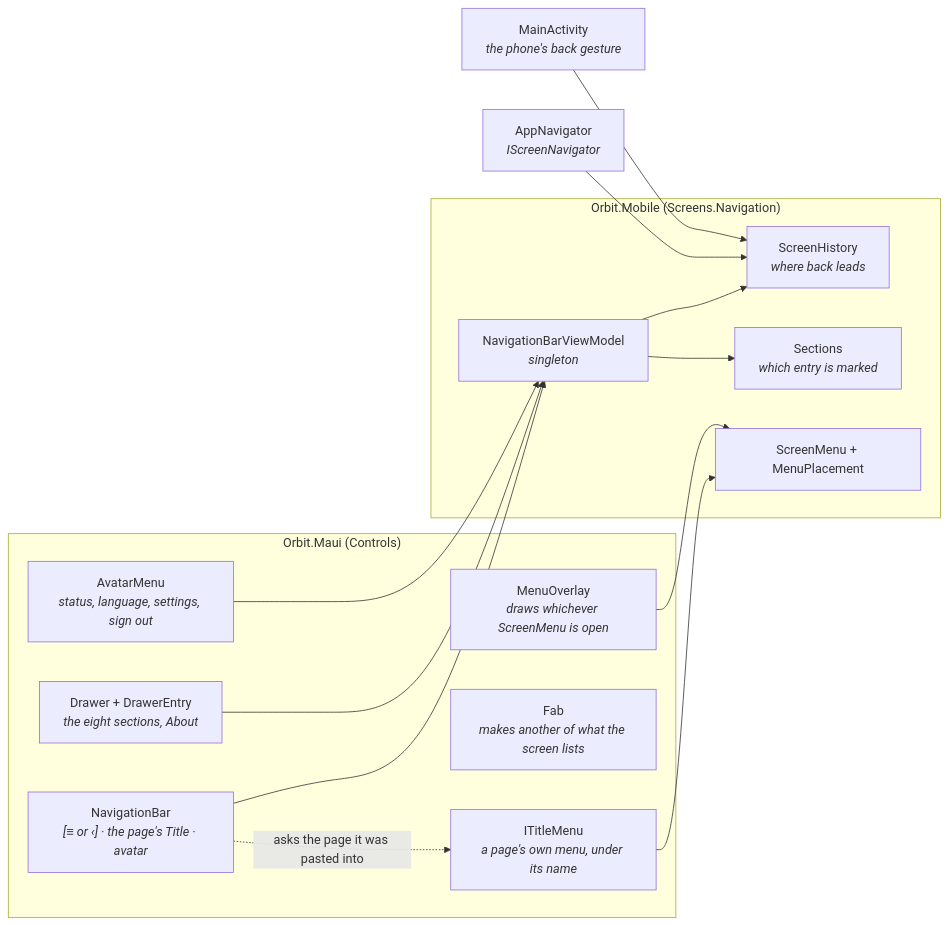
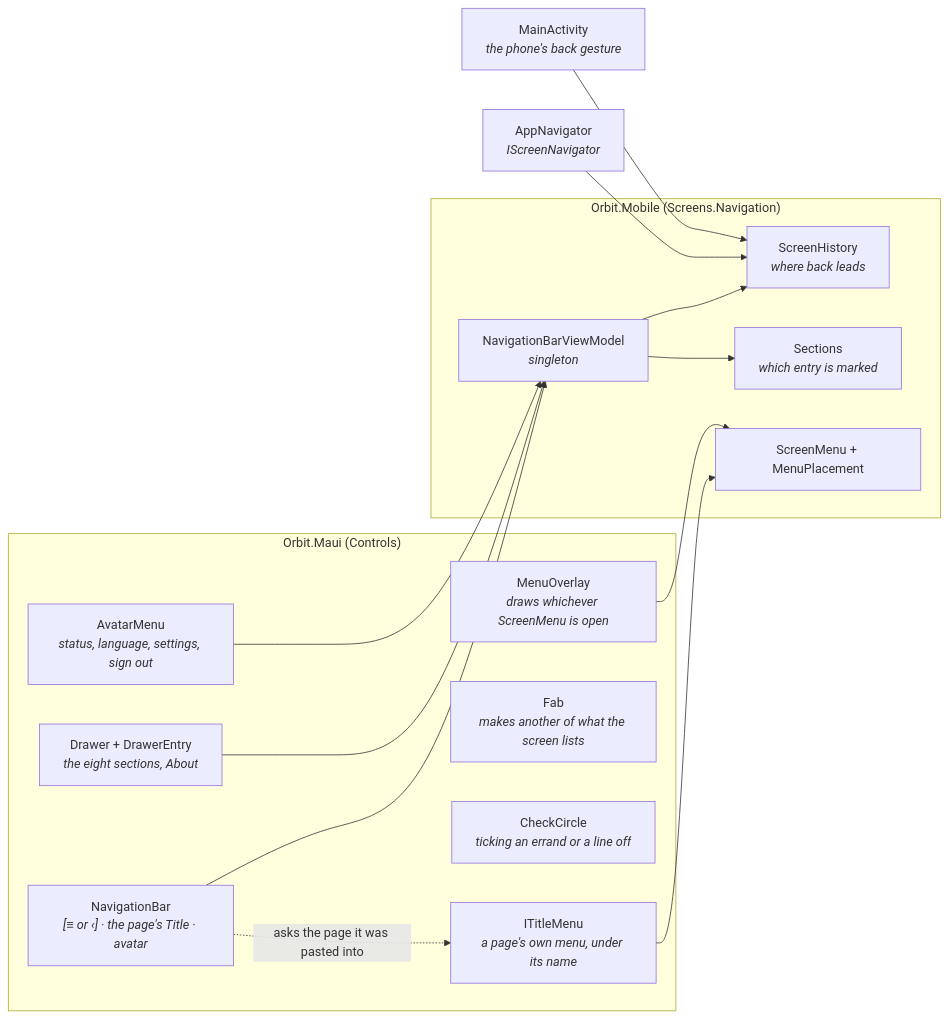
One commit to NorArax-NeflinOwl/orbit changed the second of 2 diagrams in info/uml/components.md. Above: the diagram before and after it, drawn with Mermaid. The commit also changed 2 other files, not shown here.

Commit message:
Record that the redesign now covers every screen the design drew
- `android-ui-parity.md` gains the three things the later passes
  changed - the bubble, the avatar, the tick - and the two MAUI traps
  that cost the most to find: a `Border` will not take a colour resource
  on its `Background` though it takes one on `Stroke`, and a value
  written in the markup is a local value that a dynamic resource can
  never beat.
- `future-plan.md`'s running order is struck off, and says plainly what
  is left: the five screens the prototype never drew - copies,
  diagnostics, update, the shared link and the place picker - which
  carry the new palette and type but have not been reconsidered.
- `components.md` gains CheckCircle. All 17 diagrams parse.

````diff
--- a/info/uml/components.md
+++ b/info/uml/components.md
@@ -88,30 +88,31 @@
 ```mermaid
 flowchart LR
     subgraph maui["Orbit.Maui (Controls)"]
         bar["NavigationBar<br/><i>[≡ or ‹] · the page's Title · avatar</i>"]
         drawer["Drawer + DrawerEntry<br/><i>the eight sections, About</i>"]
         avatar["AvatarMenu<br/><i>status, language, settings, sign out</i>"]
         overlay["MenuOverlay<br/><i>draws whichever ScreenMenu is open</i>"]
         fab["Fab<br/><i>makes another of what the screen lists</i>"]
+        tick["CheckCircle<br/><i>ticking an errand or a line off</i>"]
         title["ITitleMenu<br/><i>a page's own menu, under its name</i>"]
     end
     subgraph mobile["Orbit.Mobile (Screens.Navigation)"]
         vm["NavigationBarViewModel<br/><i>singleton</i>"]
         history["ScreenHistory<br/><i>where back leads</i>"]
         sections["Sections<br/><i>which entry is marked</i>"]
         menu["ScreenMenu + MenuPlacement"]
     end
     nav["AppNavigator<br/><i>IScreenNavigator</i>"]
     back["MainActivity<br/><i>the phone's back gesture</i>"]
 
     bar --> vm
     drawer --> vm
     avatar --> vm
     bar -. "asks the page it was pasted into" .-> title
     title --> menu
     overlay --> menu
     vm --> history
     vm --> sections
     nav --> history
     back --> history
 ```
````
